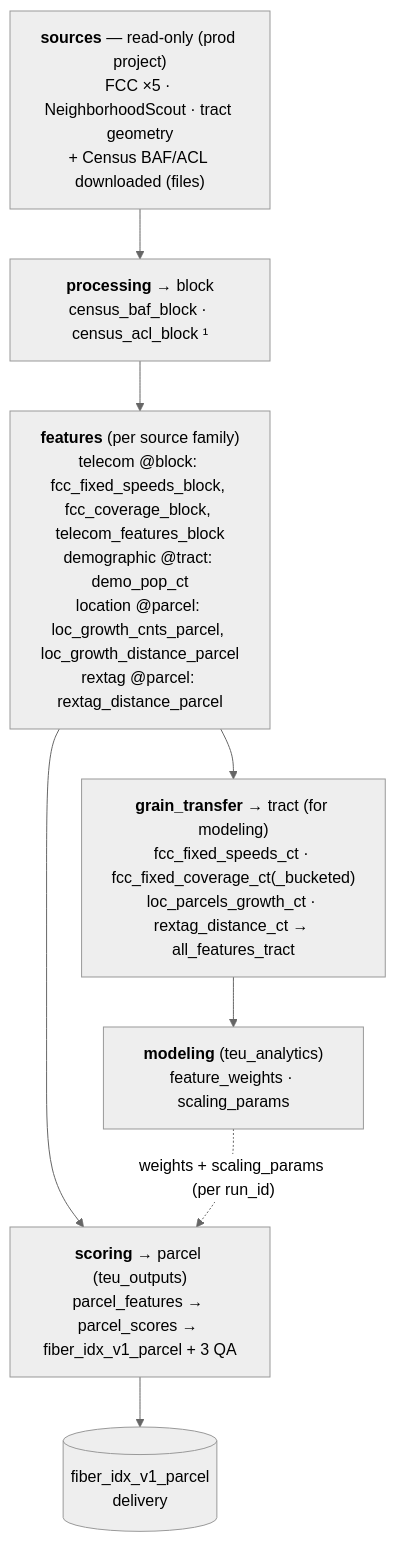
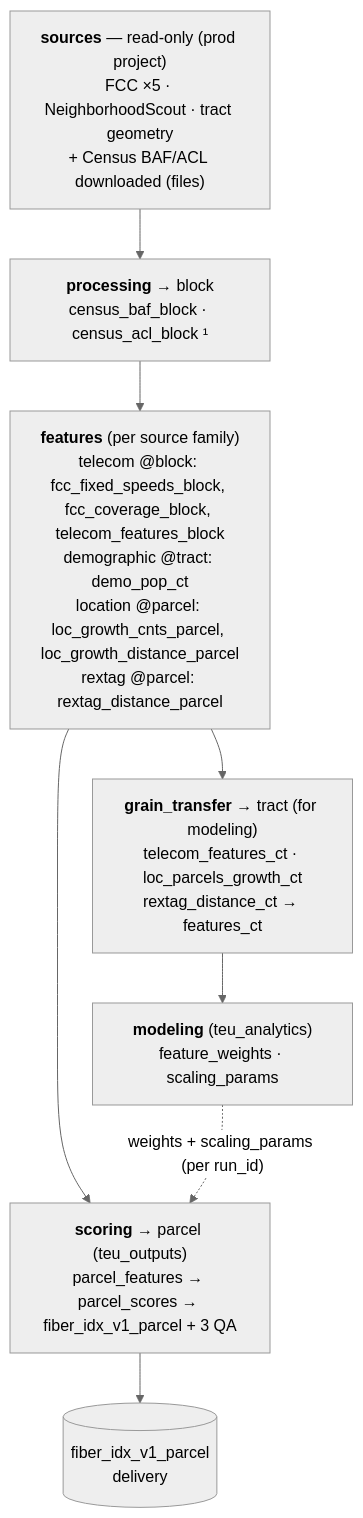
Before and after one commit to eprashar-clgx/network-idx: the third of 3 diagrams in docs/repo_structure.md, drawn with Mermaid (neutral theme). The commit also changed other lines of this file and 7 other files, not shown here.

````diff
--- a/docs/repo_structure.md
+++ b/docs/repo_structure.md
@@ -313,14 +313,14 @@
 ```mermaid
 flowchart TB
   SRC["<b>sources</b> — read-only (prod project)<br/>FCC ×5 · NeighborhoodScout · tract geometry<br/>+ Census BAF/ACL downloaded (files)"]
   PROC["<b>processing</b> → block<br/>census_baf_block · census_acl_block ¹"]
   FEAT["<b>features</b> (per source family)<br/>telecom @block: fcc_fixed_speeds_block, fcc_coverage_block, telecom_features_block<br/>demographic @tract: demo_pop_ct<br/>location @parcel: loc_growth_cnts_parcel, loc_growth_distance_parcel<br/>rextag @parcel: rextag_distance_parcel"]
-  GT["<b>grain_transfer</b> → tract (for modeling)<br/>fcc_fixed_speeds_ct · fcc_fixed_coverage_ct(_bucketed)<br/>loc_parcels_growth_ct · rextag_distance_ct → all_features_tract"]
+  GT["<b>grain_transfer</b> → tract (for modeling)<br/>telecom_features_ct · loc_parcels_growth_ct<br/>rextag_distance_ct → features_ct"]
   MODEL["<b>modeling</b> (teu_analytics)<br/>feature_weights · scaling_params"]
   SCORE["<b>scoring</b> → parcel (teu_outputs)<br/>parcel_features → parcel_scores → fiber_idx_v1_parcel + 3 QA"]
   SRC --> PROC --> FEAT
   FEAT --> GT --> MODEL
   FEAT --> SCORE
   MODEL -. weights + scaling_params (per run_id) .-> SCORE
   SCORE --> DELIV[(fiber_idx_v1_parcel<br/>delivery)]
 ```
````
